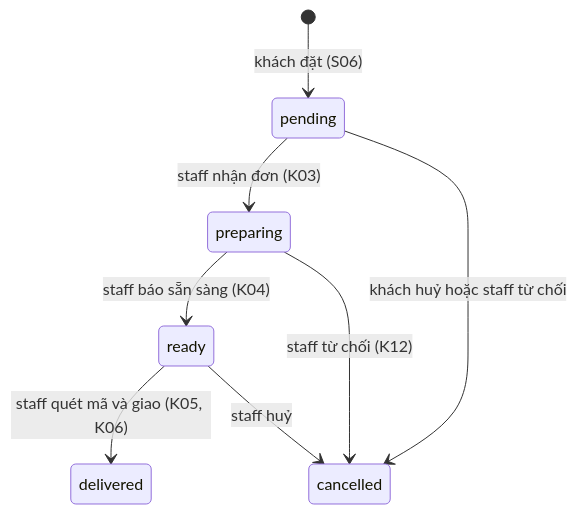
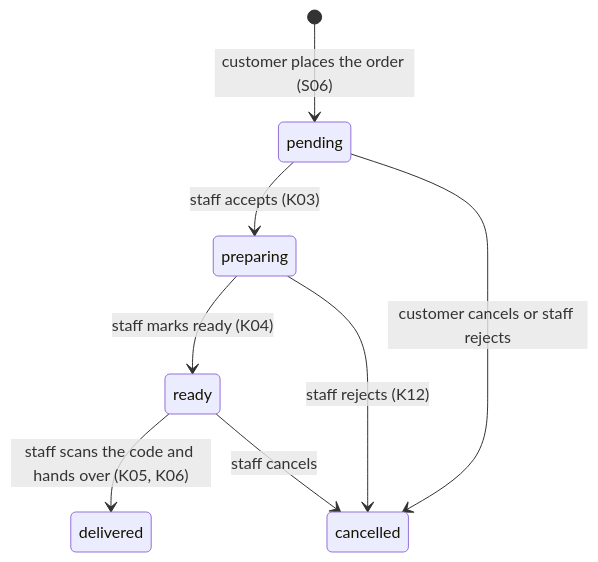
Before and after one commit to baonv0817/PRM393_Lab03_Group2: the second of 2 diagrams in docs/data-model.md, drawn with Mermaid. The commit also changed other lines of this file and 19 other files, not shown here.

````diff
--- a/docs/data-model.md
+++ b/docs/data-model.md
@@ -164,10 +164,10 @@
 ```mermaid
 stateDiagram-v2
-    [*] --> pending: khách đặt (S06)
-    pending --> preparing: staff nhận đơn (K03)
-    preparing --> ready: staff báo sẵn sàng (K04)
-    ready --> delivered: staff quét mã và giao (K05, K06)
-    pending --> cancelled: khách huỷ hoặc staff từ chối
-    preparing --> cancelled: staff từ chối (K12)
-    ready --> cancelled: staff huỷ
+    [*] --> pending: customer places the order (S06)
+    pending --> preparing: staff accepts (K03)
+    preparing --> ready: staff marks ready (K04)
+    ready --> delivered: staff scans the code and hands over (K05, K06)
+    pending --> cancelled: customer cancels or staff rejects
+    preparing --> cancelled: staff rejects (K12)
+    ready --> cancelled: staff cancels
 ```
````
